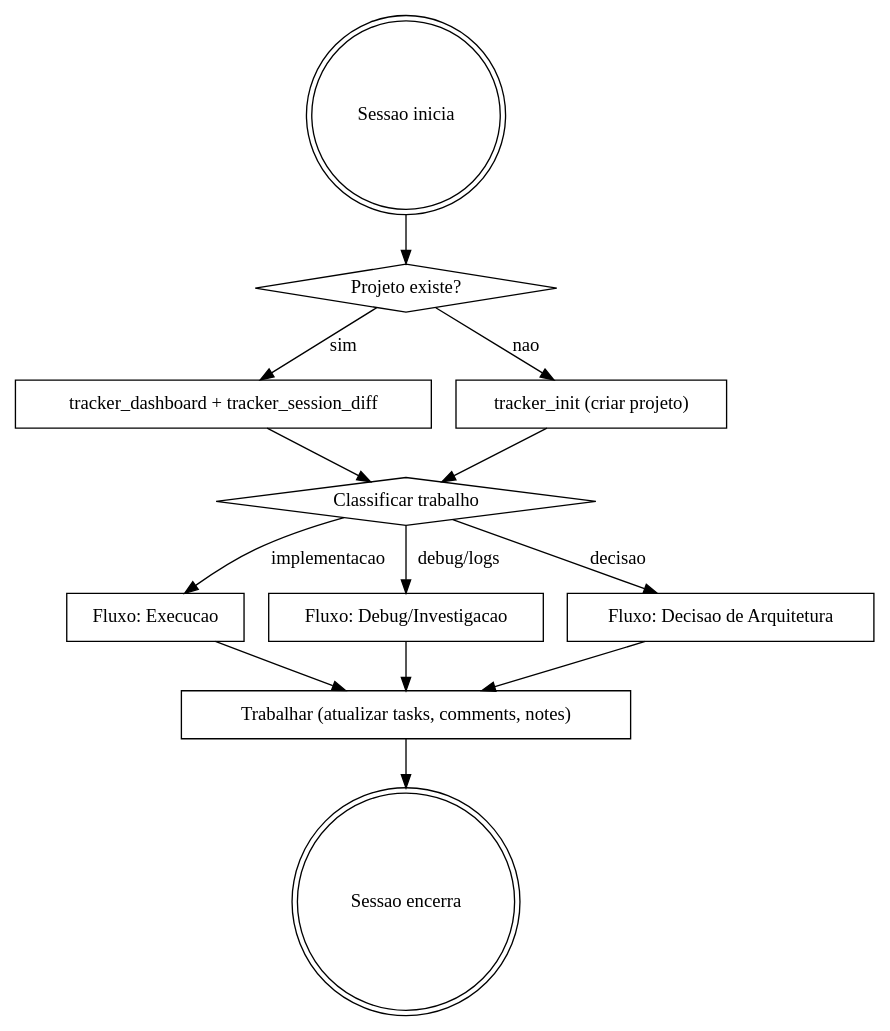
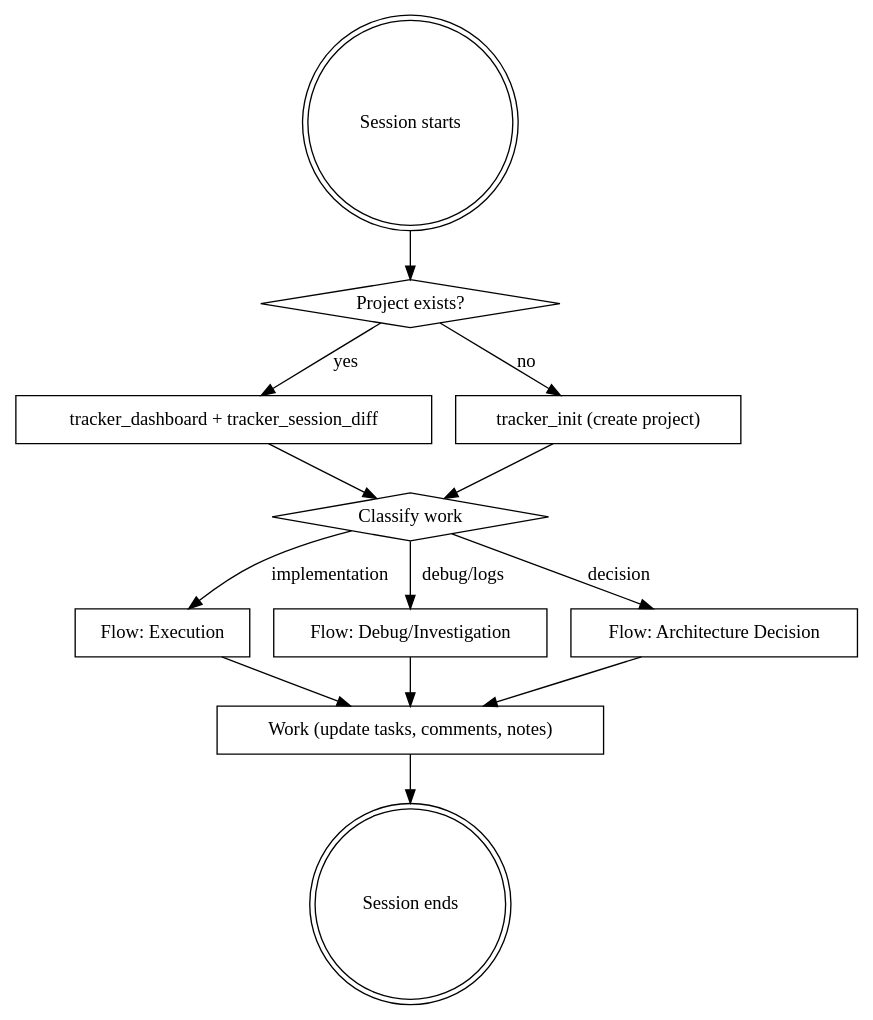
One commit to scrapup/scrapup changed the diagram in skills/saga-session/SKILL.md. Above: the diagram before and after it, drawn with Graphviz. The commit also changed other lines of this file and 63 other files, not shown here.

````diff
--- a/skills/saga-session/SKILL.md
+++ b/skills/saga-session/SKILL.md
@@ -71,27 +81,27 @@
 ```dot
 digraph session_lifecycle {
-    "Sessao inicia" [shape=doublecircle];
-    "Projeto existe?" [shape=diamond];
+    "Session starts" [shape=doublecircle];
+    "Project exists?" [shape=diamond];
     "tracker_dashboard + tracker_session_diff" [shape=box];
-    "tracker_init (criar projeto)" [shape=box];
-    "Classificar trabalho" [shape=diamond];
-    "Fluxo: Execucao" [shape=box];
-    "Fluxo: Debug/Investigacao" [shape=box];
-    "Fluxo: Decisao de Arquitetura" [shape=box];
-    "Trabalhar (atualizar tasks, comments, notes)" [shape=box];
-    "Sessao encerra" [shape=doublecircle];
+    "tracker_init (create project)" [shape=box];
+    "Classify work" [shape=diamond];
+    "Flow: Execution" [shape=box];
+    "Flow: Debug/Investigation" [shape=box];
+    "Flow: Architecture Decision" [shape=box];
+    "Work (update tasks, comments, notes)" [shape=box];
+    "Session ends" [shape=doublecircle];
 
-    "Sessao inicia" -> "Projeto existe?";
-    "Projeto existe?" -> "tracker_dashboard + tracker_session_diff" [label="sim"];
-    "Projeto existe?" -> "tracker_init (criar projeto)" [label="nao"];
-    "tracker_init (criar projeto)" -> "Classificar trabalho";
-    "tracker_dashboard + tracker_session_diff" -> "Classificar trabalho";
-    "Classificar trabalho" -> "Fluxo: Execucao" [label="implementacao"];
-    "Classificar trabalho" -> "Fluxo: Debug/Investigacao" [label="debug/logs"];
-    "Classificar trabalho" -> "Fluxo: Decisao de Arquitetura" [label="decisao"];
-    "Fluxo: Execucao" -> "Trabalhar (atualizar tasks, comments, notes)";
-    "Fluxo: Debug/Investigacao" -> "Trabalhar (atualizar tasks, comments, notes)";
-    "Fluxo: Decisao de Arquitetura" -> "Trabalhar (atualizar tasks, comments, notes)";
-    "Trabalhar (atualizar tasks, comments, notes)" -> "Sessao encerra";
+    "Session starts" -> "Project exists?";
+    "Project exists?" -> "tracker_dashboard + tracker_session_diff" [label="yes"];
+    "Project exists?" -> "tracker_init (create project)" [label="no"];
+    "tracker_init (create project)" -> "Classify work";
+    "tracker_dashboard + tracker_session_diff" -> "Classify work";
+    "Classify work" -> "Flow: Execution" [label="implementation"];
+    "Classify work" -> "Flow: Debug/Investigation" [label="debug/logs"];
+    "Classify work" -> "Flow: Architecture Decision" [label="decision"];
+    "Flow: Execution" -> "Work (update tasks, comments, notes)";
+    "Flow: Debug/Investigation" -> "Work (update tasks, comments, notes)";
+    "Flow: Architecture Decision" -> "Work (update tasks, comments, notes)";
+    "Work (update tasks, comments, notes)" -> "Session ends";
 }
 ```
````
